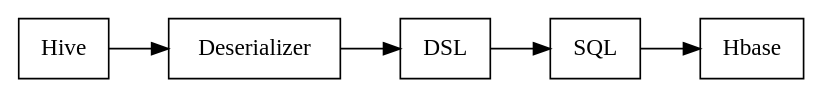
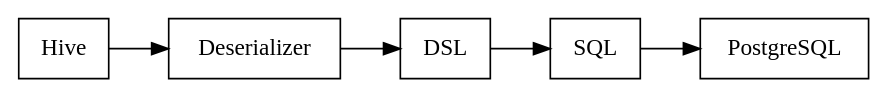
One commit to music-of-the-ainur/almaren-framework changed the first of 4 diagrams in docs/images.org. Above: the diagram before and after it, drawn with Graphviz. The commit also changed 2 other files, not shown here.

Commit message:
fixed example 1

```diff
--- a/docs/images.org
+++ b/docs/images.org
@@ -1,6 +1,6 @@
 #+BEGIN_SRC dot :file images/example1.png :cmdline -Kdot -Tpng
   digraph G{
       rankdir=LR node [shape=box, color=black]
-      Hive -> Deserializer -> DSL -> SQL -> Hbase
+      Hive -> Deserializer -> DSL -> SQL -> PostgreSQL
   } 
 #+END_SRC
```
